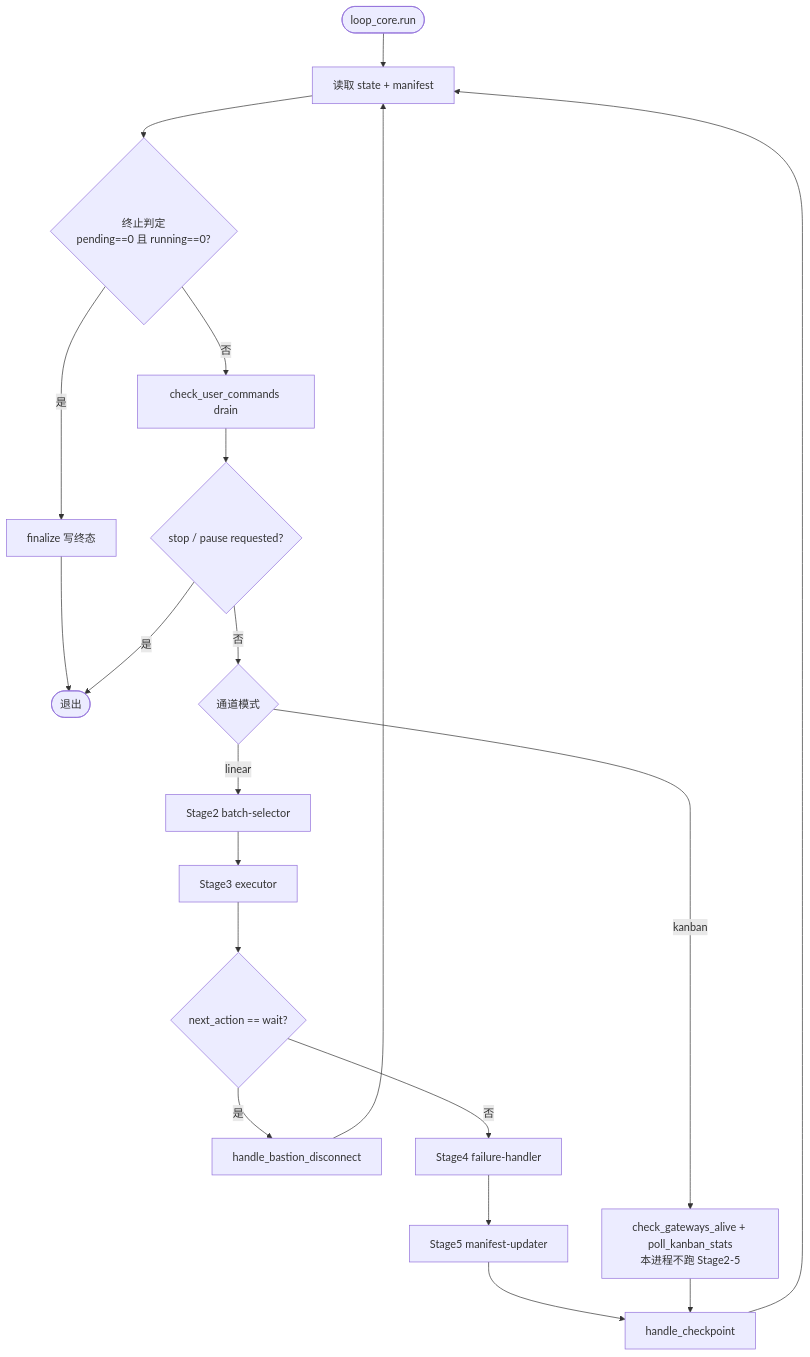
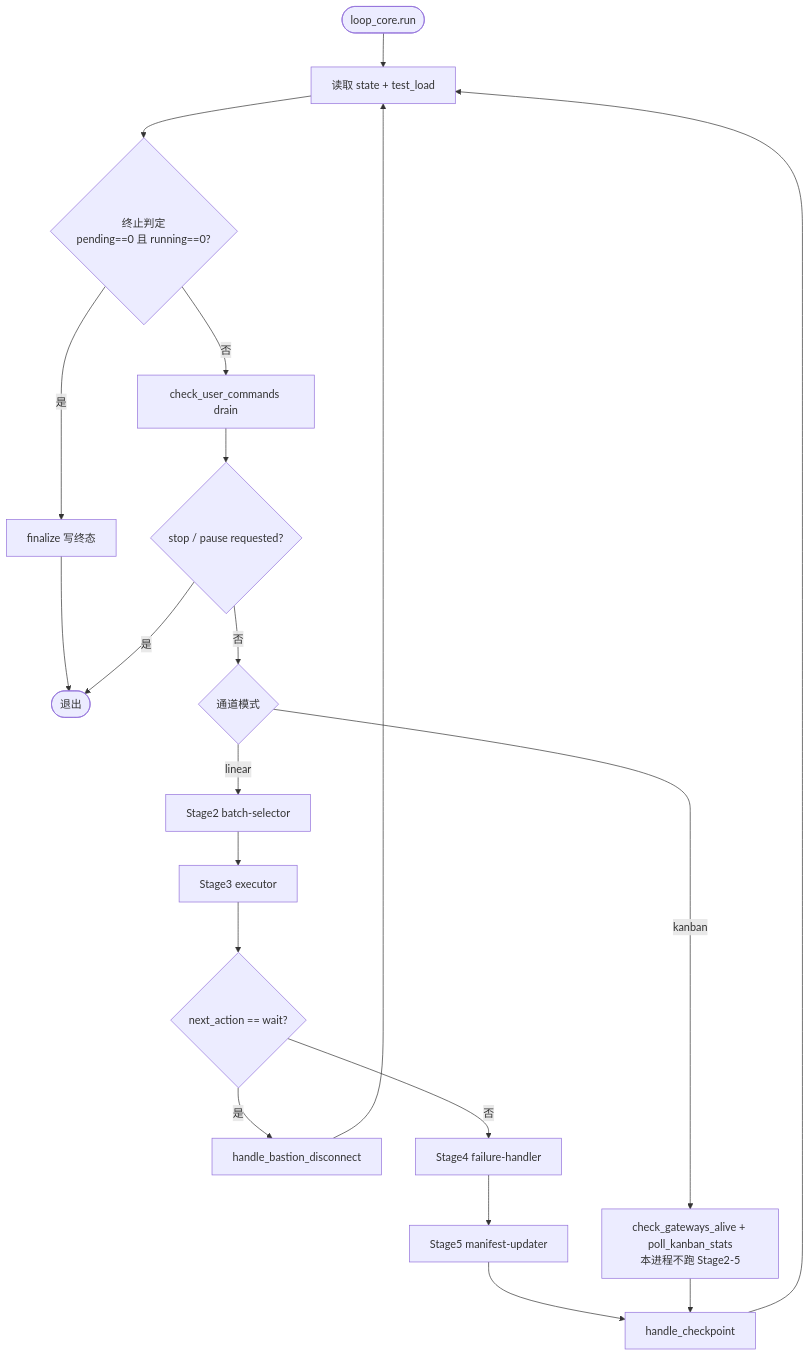
The diagram in skills/ut/workflow-loop-core/SKILL.md (peterlau123/apmm), drawn with Mermaid before and after one commit. The commit also changed other lines of this file and 4 other files, not shown here.

````diff
--- a/skills/ut/workflow-loop-core/SKILL.md
+++ b/skills/ut/workflow-loop-core/SKILL.md
@@ -22,16 +22,16 @@
 ```mermaid
 flowchart TD
-    Start([loop_core.run]) --> Read[读取 state + manifest]
+    Start([loop_core.run]) --> Read[读取 state + test_load]
     Read --> Term{终止判定<br/>pending==0 且 running==0?}
     Term -->|是| Final[finalize 写终态] --> End([退出])
     Term -->|否| Cmd[check_user_commands drain]
     Cmd --> Flag{stop / pause requested?}
     Flag -->|是| End
     Flag -->|否| Mode{通道模式}
     Mode -->|linear| S2[Stage2 batch-selector] --> S3[Stage3 executor]
     S3 --> Wait{next_action == wait?}
     Wait -->|是| Disc[handle_bastion_disconnect] --> Read
     Wait -->|否| S4[Stage4 failure-handler] --> S5[Stage5 manifest-updater] --> Ckpt
     Mode -->|kanban| Poll[check_gateways_alive + poll_kanban_stats<br/>本进程不跑 Stage2-5] --> Ckpt[handle_checkpoint]
     Ckpt --> Read
 ```
````
